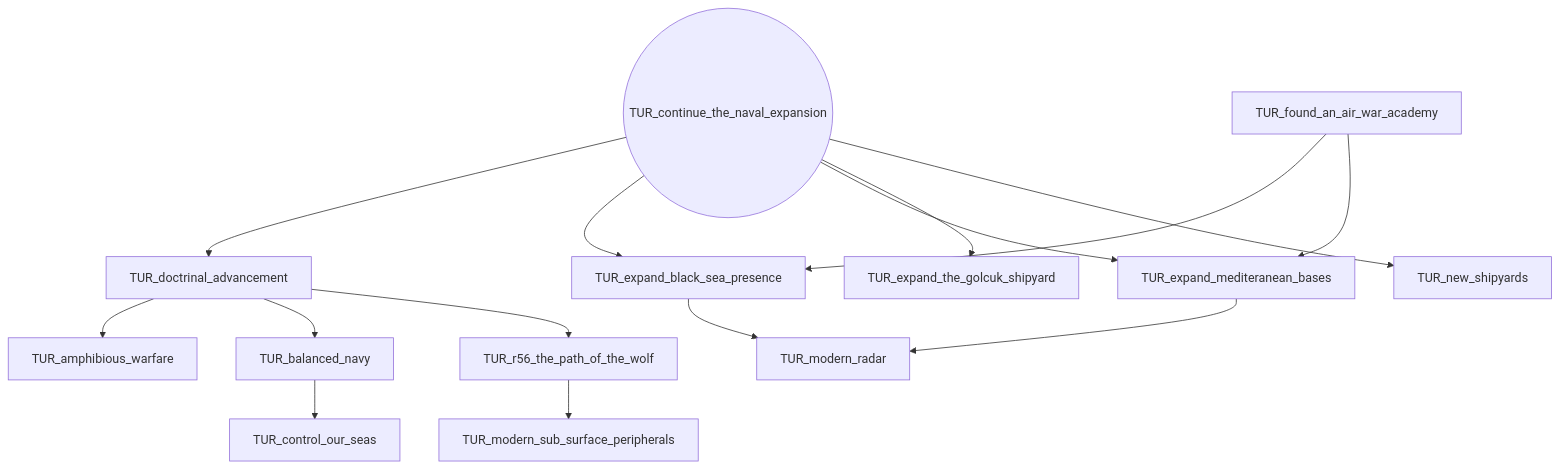
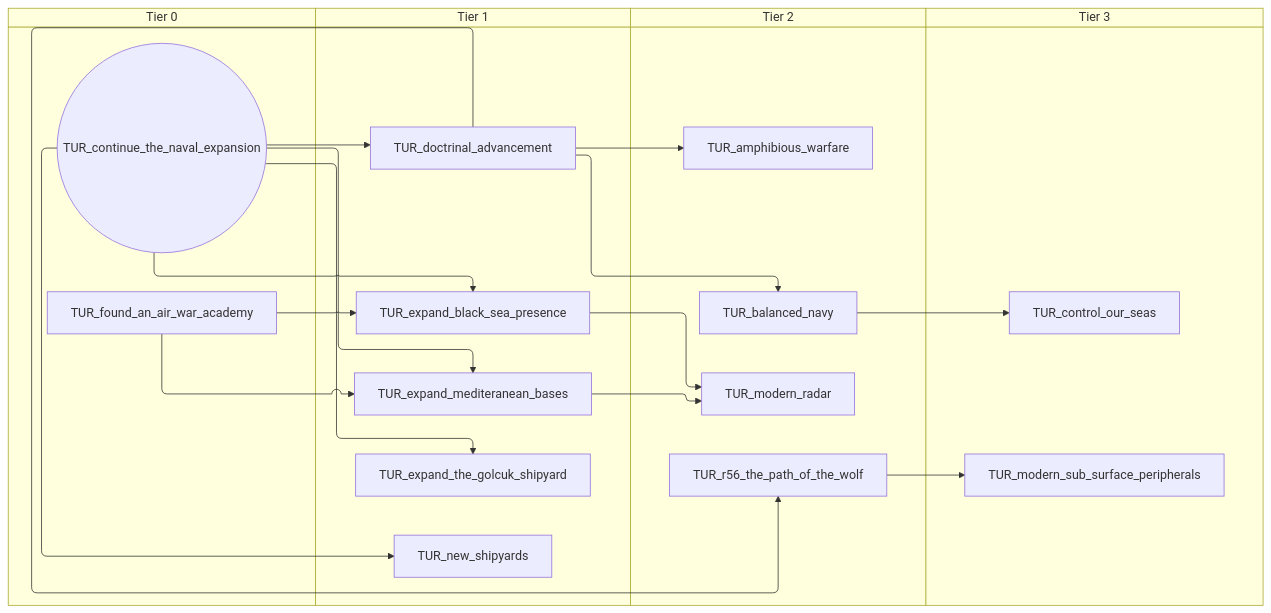
The third of 8 diagrams in docs/gdd/National Focuses/r56_turkey.md (evgeny-sobol/hoi4-sandbox-mode-r56), drawn with Mermaid before and after one commit. The commit also changed other lines of this file and 423 other files, not shown here.

First line of the commit message:
Re-export Rt56 focus trees as swimlane diagrams

````diff
--- a/docs/gdd/National Focuses/r56_turkey.md
+++ b/docs/gdd/National Focuses/r56_turkey.md
@@ -144,30 +170,38 @@
 ```mermaid
-flowchart TD
-    n56["TUR_amphibious_warfare"]
-    n57["TUR_balanced_navy"]
-    n58(("TUR_continue_the_naval_expansion"))
-    n59["TUR_control_our_seas"]
-    n60["TUR_doctrinal_advancement"]
-    n61["TUR_expand_black_sea_presence"]
-    n62["TUR_expand_mediteranean_bases"]
-    n63["TUR_expand_the_golcuk_shipyard"]
-    n64["TUR_found_an_air_war_academy"]
-    n65["TUR_modern_radar"]
-    n66["TUR_modern_sub_surface_peripherals"]
-    n67["TUR_new_shipyards"]
-    n68["TUR_r56_the_path_of_the_wolf"]
-    n60 --> n56
-    n60 --> n57
+swimlane-beta TD
+    subgraph tier_0["Tier 0"]
+        n56(("TUR_continue_the_naval_expansion"))
+        n57["TUR_found_an_air_war_academy"]
+    end
+    subgraph tier_1["Tier 1"]
+        n58["TUR_doctrinal_advancement"]
+        n59["TUR_expand_black_sea_presence"]
+        n60["TUR_expand_mediteranean_bases"]
+        n61["TUR_expand_the_golcuk_shipyard"]
+        n62["TUR_new_shipyards"]
+    end
+    subgraph tier_2["Tier 2"]
+        n63["TUR_amphibious_warfare"]
+        n64["TUR_balanced_navy"]
+        n65["TUR_modern_radar"]
+        n66["TUR_r56_the_path_of_the_wolf"]
+    end
+    subgraph tier_3["Tier 3"]
+        n67["TUR_control_our_seas"]
+        n68["TUR_modern_sub_surface_peripherals"]
+    end
+    n58 --> n63
+    n58 --> n64
+    n64 --> n67
+    n56 --> n58
+    n56 --> n59
     n57 --> n59
-    n58 --> n60
-    n58 --> n61
-    n64 --> n61
-    n58 --> n62
-    n64 --> n62
-    n58 --> n63
-    n62 --> n65
-    n61 --> n65
-    n68 --> n66
-    n58 --> n67
-    n60 --> n68
+    n56 --> n60
+    n57 --> n60
+    n56 --> n61
+    n60 --> n65
+    n59 --> n65
+    n66 --> n68
+    n56 --> n62
+    n58 --> n66
 ```
````
